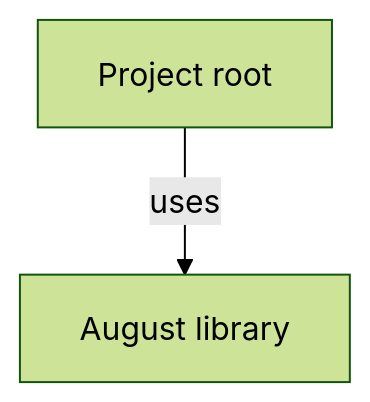
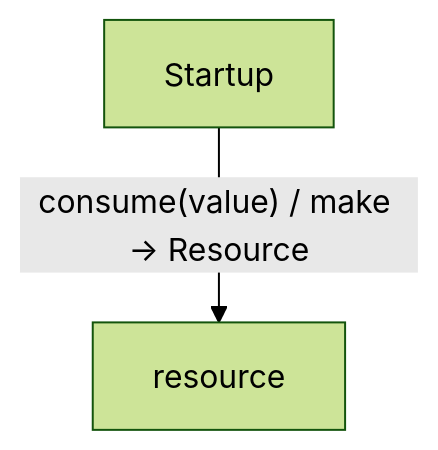
The first of 2 diagrams in docs/examples/ownership-transfer/diagrams/index.md (GreenPandaStudios/augscript), drawn with Mermaid (forest theme) before and after one commit. The commit also changed other lines of this file and 524 other files, not shown here.

Commit message:
Explain checked data flow at folder and service levels

````diff
--- a/docs/examples/ownership-transfer/diagrams/index.md
+++ b/docs/examples/ownership-transfer/diagrams/index.md
@@ -21,6 +19,6 @@
 ```mermaid
 flowchart TD
-    n0["August library"]
-    n1["Project root"]
-    n1 -->|"uses"| n0
+    n0["Startup"]
+    n1["resource"]
+    n0 -->|"consume(value) / make → Resource"| n1
 ```
````
